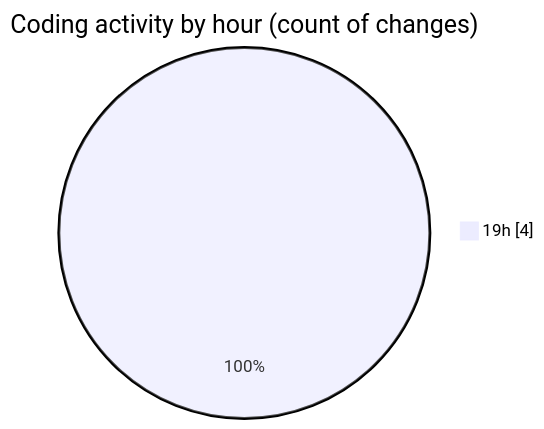
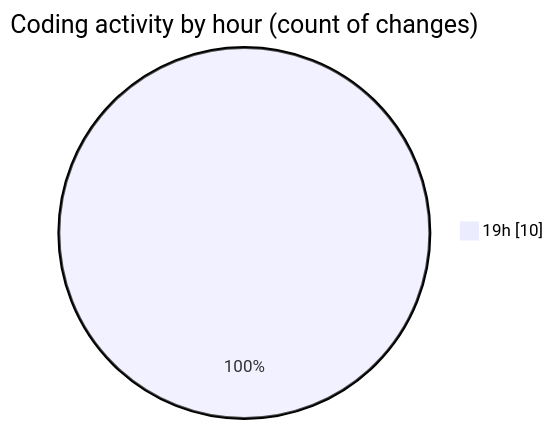
Before and after one commit to charlie-sans/code-tracking: the second of 2 diagrams in 2025-01-28/trollerboard/README.md, drawn with Mermaid. The commit also changed other lines of this file and 1 other file, not shown here.

````diff
--- a/2025-01-28/trollerboard/README.md
+++ b/2025-01-28/trollerboard/README.md
@@ -30,5 +31,5 @@
 ```mermaid
 pie showData
 title Coding activity by hour (count of changes)
-"19h" : 4
+"19h" : 10
 ```
````
